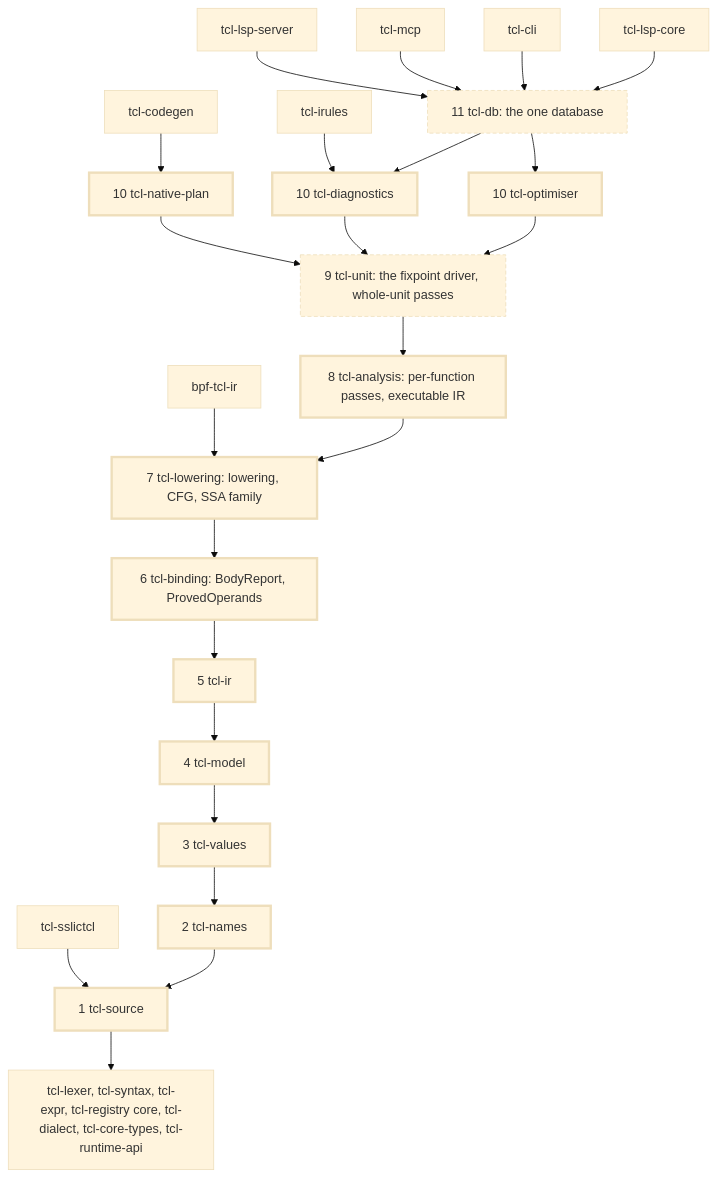
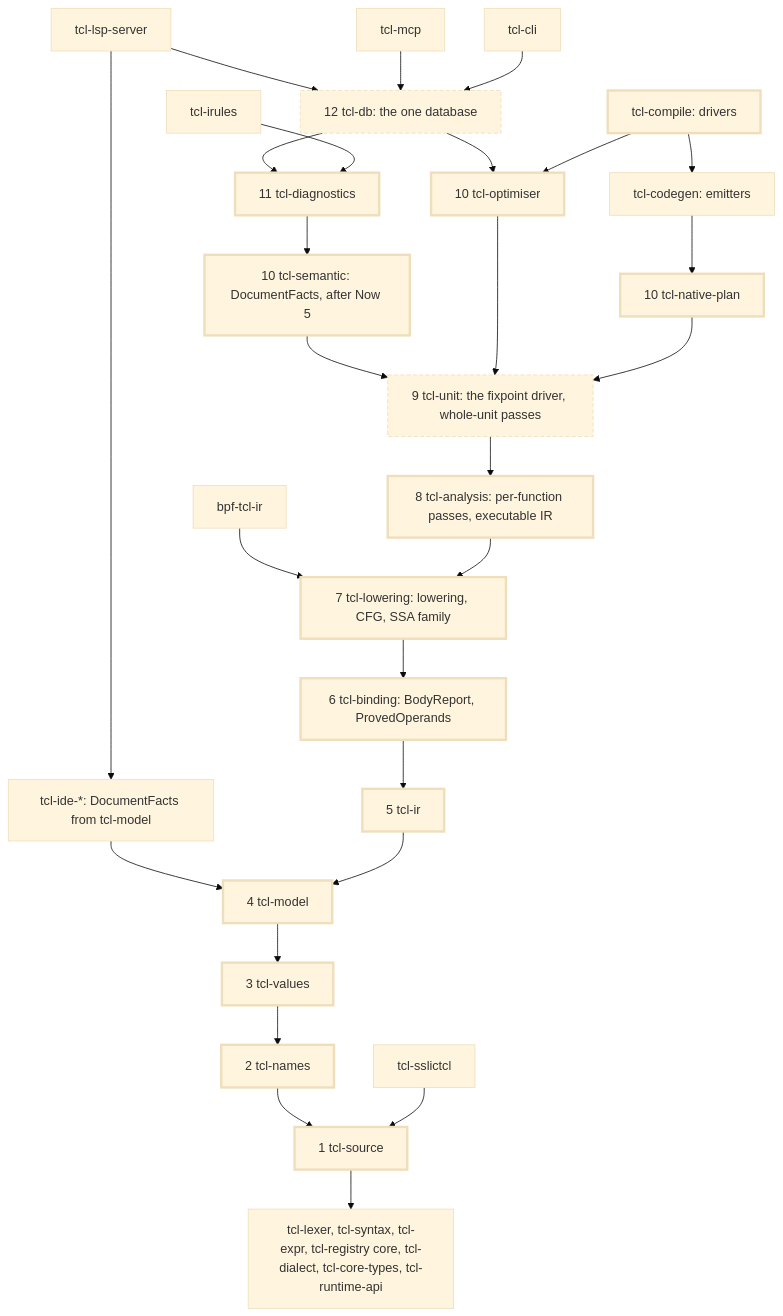
Before and after one commit to bitwisecook/tcl-lsp: the second of 3 diagrams in docs/design/compiler/crate-split-design.md, drawn with Mermaid (base theme). The commit also changed other lines of this file and 12 other files, not shown here.

````diff
--- a/docs/design/compiler/crate-split-design.md
+++ b/docs/design/compiler/crate-split-design.md
@@ -297,53 +304,59 @@
 ```mermaid
 flowchart TB
   lspServer["tcl-lsp-server"]
   mcp["tcl-mcp"]
   cli["tcl-cli"]
-  lspCore["tcl-lsp-core"]
-  codegen["tcl-codegen"]
+  lspCore["tcl-ide-*: DocumentFacts from tcl-model"]
+  compile["tcl-compile: drivers"]
+  codegen["tcl-codegen: emitters"]
   bpf["bpf-tcl-ir"]
   irules["tcl-irules"]
   sslictcl["tcl-sslictcl"]
-  db["11 tcl-db: the one database"]
-  diagnostics["10 tcl-diagnostics"]
+  db["12 tcl-db: the one database"]
+  diagnostics["11 tcl-diagnostics"]
+  semantic["10 tcl-semantic: DocumentFacts, after Now 5"]
   optimiser["10 tcl-optimiser"]
   nativePlan["10 tcl-native-plan"]
   unit["9 tcl-unit: the fixpoint driver, whole-unit passes"]
   analysis["8 tcl-analysis: per-function passes, executable IR"]
   lowering["7 tcl-lowering: lowering, CFG, SSA family"]
   binding["6 tcl-binding: BodyReport, ProvedOperands"]
   ir["5 tcl-ir"]
   model["4 tcl-model"]
   values["3 tcl-values"]
   names["2 tcl-names"]
   source["1 tcl-source"]
   lower["tcl-lexer, tcl-syntax, tcl-expr, tcl-registry core, tcl-dialect, tcl-core-types, tcl-runtime-api"]
 
   lspServer --> db
   mcp --> db
   cli --> db
-  lspCore --> db
+  lspServer --> lspCore
+  lspCore --> model
   db --> diagnostics
   db --> optimiser
   irules --> diagnostics
+  compile --> codegen
+  compile --> optimiser
   codegen --> nativePlan
   bpf --> lowering
-  diagnostics --> unit
+  diagnostics --> semantic
+  semantic --> unit
   optimiser --> unit
   nativePlan --> unit
   unit --> analysis
   analysis --> lowering
   lowering --> binding
   binding --> ir
   ir --> model
   model --> values
   values --> names
   names --> source
   sslictcl --> source
   source --> lower
 
   classDef new stroke-width:3px;
   classDef renamed stroke-dasharray:5 3;
-  class diagnostics,optimiser,nativePlan,analysis,lowering,binding,ir,model,values,names,source new;
+  class diagnostics,optimiser,nativePlan,analysis,lowering,binding,ir,model,values,names,source,semantic,compile new;
   class db,unit renamed;
 ```
````
